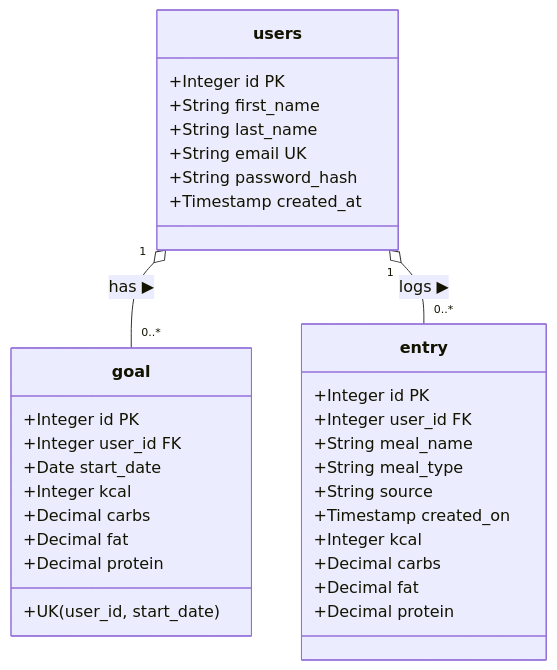
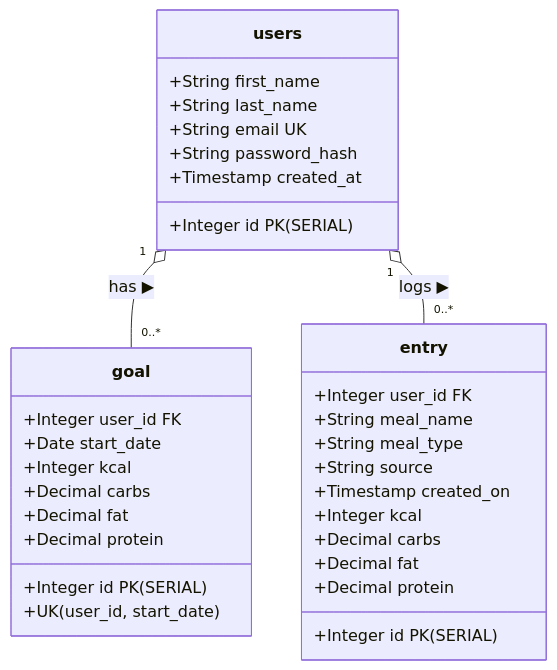
The first of 2 diagrams in README.md (ec-mentors/project-module-andres-bs12), drawn with Mermaid before and after one commit. The commit also changed other lines of this file, not shown here.

Commit message:
docs: clarify SERIAL auto-increment IDs in diagram and docs

````diff
--- a/README.md
+++ b/README.md
@@ -57,40 +57,40 @@
 ```mermaid
 classDiagram
     direction TB
 
     class users {
-        +Integer id PK
+        +Integer id PK (SERIAL)
         +String first_name
         +String last_name
         +String email UK
         +String password_hash
         +Timestamp created_at
     }
 
     class goal {
-        +Integer id PK
+        +Integer id PK (SERIAL)
         +Integer user_id FK
         +Date start_date
         +Integer kcal
         +Decimal carbs
         +Decimal fat
         +Decimal protein
         +UK(user_id, start_date)
     }
 
     class entry {
-        +Integer id PK
+        +Integer id PK (SERIAL)
         +Integer user_id FK
         +String meal_name
         +String meal_type
         +String source
         +Timestamp created_on
         +Integer kcal
         +Decimal carbs
         +Decimal fat
         +Decimal protein
     }
 
     users "1" o-- "0..*" goal : has ▶
     users "1" o-- "0..*" entry : logs ▶
 ```
````
